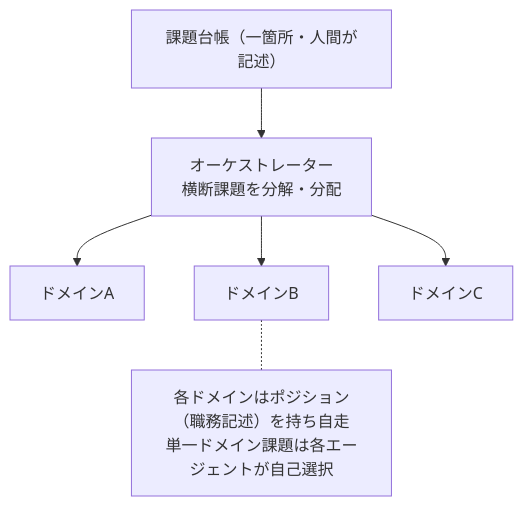
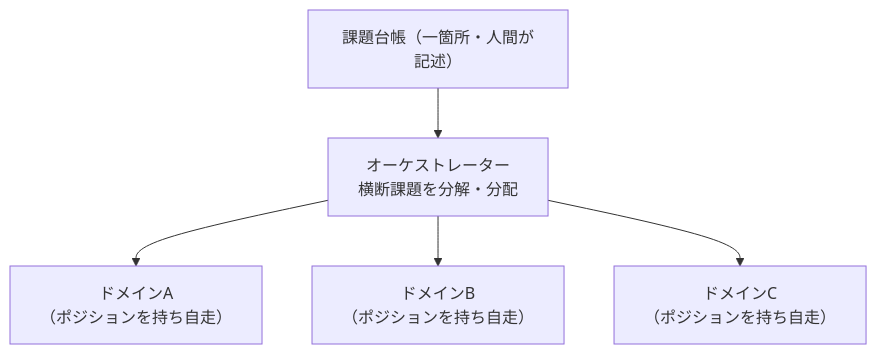
Before and after one commit to masanami/claude-flywheel: the diagram in docs/requirements.md, drawn with Mermaid. The commit also changed 6 other files, not shown here.

First line of the commit message:
docs: セルフレビュー反映（fence崩れ修正・README図のmermaid化・規約の取りこぼし）

````diff
--- a/docs/requirements.md
+++ b/docs/requirements.md
@@ -102,10 +102,8 @@
 ```mermaid
 flowchart TD
     ledger["課題台帳（一箇所・人間が記述）"]
     ledger --> orch["オーケストレーター<br/>横断課題を分解・分配"]
-    orch --> dA["ドメインA"]
-    orch --> dB["ドメインB"]
-    orch --> dC["ドメインC"]
-    note["各ドメインはポジション（職務記述）を持ち自走<br/>単一ドメイン課題は各エージェントが自己選択"]
-    dB -.- note
+    orch --> dA["ドメインA<br/>（ポジションを持ち自走）"]
+    orch --> dB["ドメインB<br/>（ポジションを持ち自走）"]
+    orch --> dC["ドメインC<br/>（ポジションを持ち自走）"]
 ```
````
